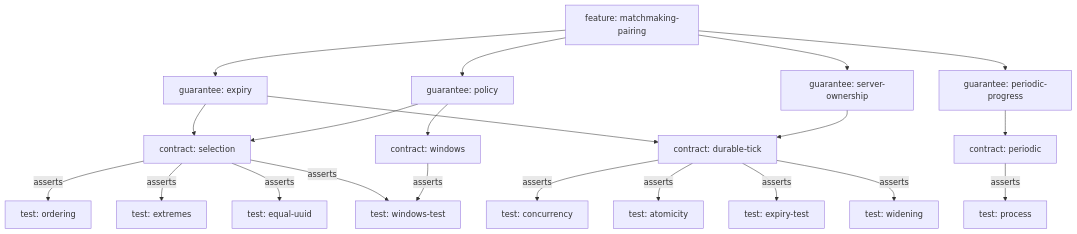
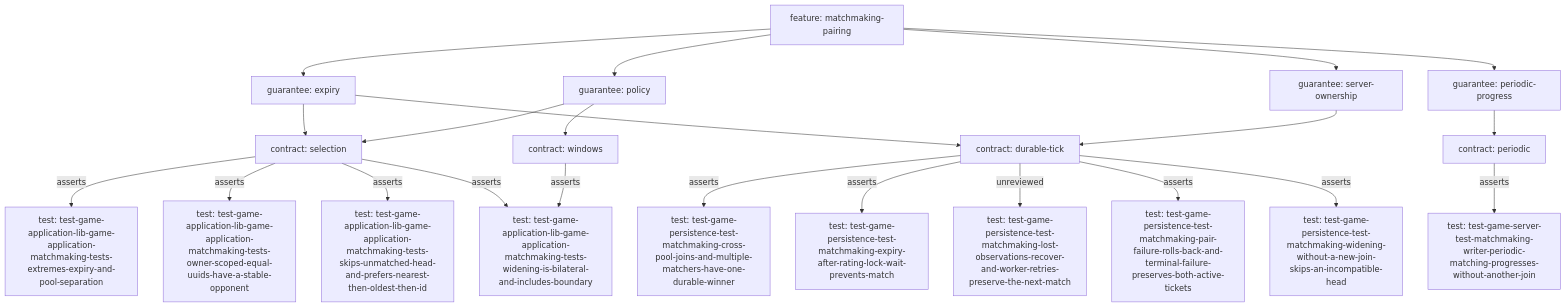
One commit to take44444/shogi-backend changed the diagram in docs/reference/traceability/matchmaking-pairing.md. Above: the diagram before and after it, drawn with Mermaid. The commit also changed other lines of this file and 408 other files, not shown here.

````diff
--- a/docs/reference/traceability/matchmaking-pairing.md
+++ b/docs/reference/traceability/matchmaking-pairing.md
@@ -33,41 +33,43 @@
 ```mermaid
 flowchart TD
     n0["feature: matchmaking-pairing"]
     n1["guarantee: expiry"]
     n2["guarantee: periodic-progress"]
     n3["guarantee: policy"]
     n4["guarantee: server-ownership"]
     n5["contract: durable-tick"]
     n6["contract: periodic"]
     n7["contract: selection"]
     n8["contract: windows"]
-    n9["test: atomicity"]
-    n10["test: concurrency"]
-    n11["test: equal-uuid"]
-    n12["test: expiry-test"]
-    n13["test: extremes"]
-    n14["test: ordering"]
-    n15["test: process"]
-    n16["test: widening"]
-    n17["test: windows-test"]
+    n9["test: test-game-application-lib-game-application-matchmaking-tests-extremes-expiry-and-pool-separation"]
+    n10["test: test-game-application-lib-game-application-matchmaking-tests-owner-scoped-equal-uuids-have-a-stable-opponent"]
+    n11["test: test-game-application-lib-game-application-matchmaking-tests-skips-unmatched-head-and-prefers-nearest-then-oldest-then-id"]
+    n12["test: test-game-application-lib-game-application-matchmaking-tests-widening-is-bilateral-and-includes-boundary"]
+    n13["test: test-game-persistence-test-matchmaking-cross-pool-joins-and-multiple-matchers-have-one-durable-winner"]
+    n14["test: test-game-persistence-test-matchmaking-expiry-after-rating-lock-wait-prevents-match"]
+    n15["test: test-game-persistence-test-matchmaking-lost-observations-recover-and-worker-retries-preserve-the-next-match"]
+    n16["test: test-game-persistence-test-matchmaking-pair-failure-rolls-back-and-terminal-failure-preserves-both-active-tickets"]
+    n17["test: test-game-persistence-test-matchmaking-widening-without-a-new-join-skips-an-incompatible-head"]
+    n18["test: test-game-server-test-matchmaking-writer-periodic-matching-progresses-without-another-join"]
     n0 --> n1
     n1 --> n7
     n1 --> n5
     n0 --> n2
     n2 --> n6
     n0 --> n3
     n3 --> n8
     n3 --> n7
     n0 --> n4
     n4 --> n5
-    n5 -->|asserts| n10
-    n5 -->|asserts| n9
-    n5 -->|asserts| n12
+    n5 -->|asserts| n13
+    n5 -->|asserts| n14
+    n5 -->|unreviewed| n15
     n5 -->|asserts| n16
-    n6 -->|asserts| n15
-    n7 -->|asserts| n14
-    n7 -->|asserts| n13
+    n5 -->|asserts| n17
+    n6 -->|asserts| n18
+    n7 -->|asserts| n9
+    n7 -->|asserts| n10
     n7 -->|asserts| n11
-    n7 -->|asserts| n17
-    n8 -->|asserts| n17
+    n7 -->|asserts| n12
+    n8 -->|asserts| n12
 ```
````
